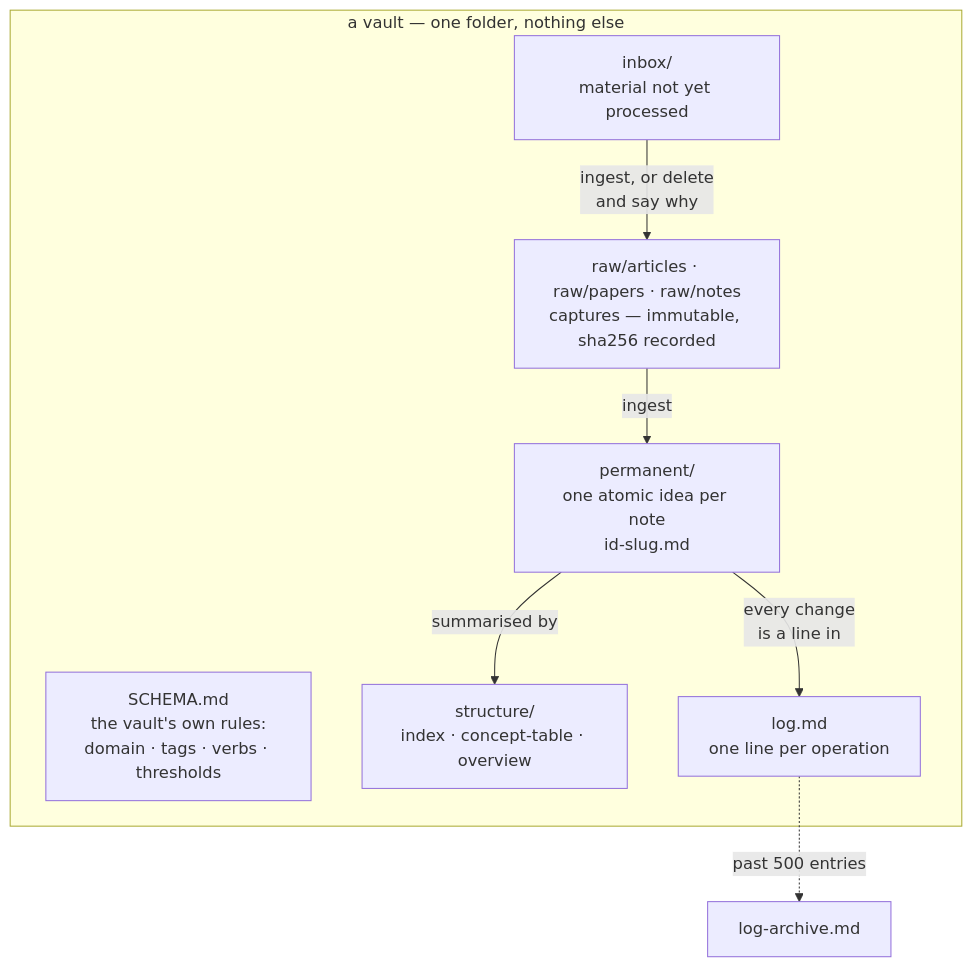
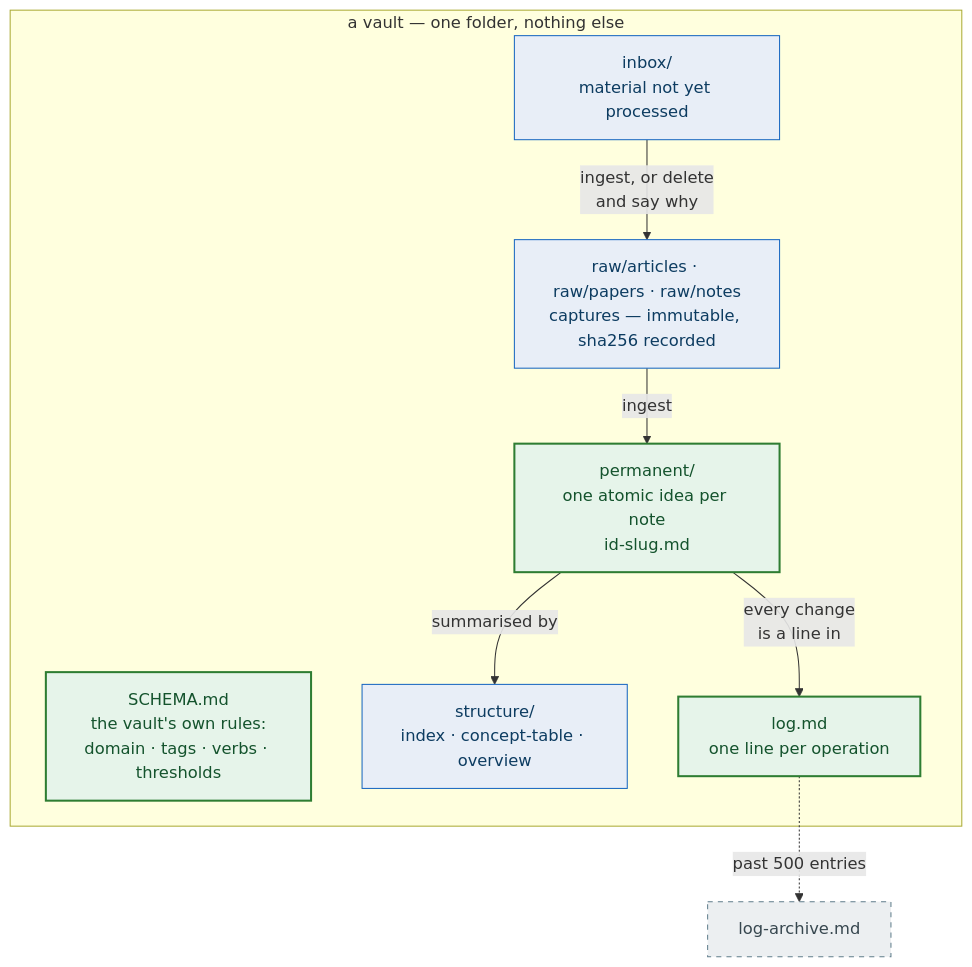
Before and after one commit to Dmytro-Kopylov-personal/zettelkasten-skill: the fourth of 5 diagrams in docs/architecture.md, drawn with Mermaid. The commit also changed other lines of this file and 1 other file, not shown here.

Commit message:
docs: colour two diagrams, where colour carries meaning
A convention rather than decoration: colour is used only where the diagram
is already drawing the distinction in words.

The README lifecycle splits working states (green) from the retired one
(grey, dashed), which is that section's whole argument. The vault anatomy
splits the three paths that make a folder a vault (green) from the ones init
creates alongside them (blue) and the one that only appears on rotation
(grey).

Two rules, both for the same reason -- a diagram has to survive the reader:

  fill is always paired with color, because GitHub renders mermaid against
  both of its themes, and a fill without a matching text colour is
  unreadable in one of them;

  colour only restates what a box already says, so both diagrams still read
  in greyscale.

Not verified by rendering: nothing in this repo runs mermaid. Every
construct used is one the existing diagrams already use, but that is
evidence rather than a check.

````diff
--- a/docs/architecture.md
+++ b/docs/architecture.md
@@ -136,17 +136,24 @@
 ```mermaid
 flowchart TD
   subgraph VAULT["a vault — one folder, nothing else"]
     SCHEMA["SCHEMA.md<br/>the vault's own rules:<br/>domain · tags · verbs · thresholds"]
     PERM["permanent/<br/>one atomic idea per note<br/>id-slug.md"]
     RAW["raw/articles · raw/papers · raw/notes<br/>captures — immutable, sha256 recorded"]
     INBOX["inbox/<br/>material not yet processed"]
     STRUCT["structure/<br/>index · concept-table · overview"]
     LOG["log.md<br/>one line per operation"]
   end
 
   RAW -->|ingest| PERM
   INBOX -->|"ingest, or delete<br/>and say why"| RAW
   PERM -->|summarised by| STRUCT
   PERM -->|"every change<br/>is a line in"| LOG
   LOG -.->|"past 500 entries"| ARCH["log-archive.md"]
+
+  classDef required fill:#e6f4ea,stroke:#2e7d32,stroke-width:2px,color:#14532d
+  classDef support fill:#e8eef7,stroke:#1565c0,stroke-width:1px,color:#0d3c61
+  classDef later fill:#eceff1,stroke:#607d8b,stroke-width:1px,stroke-dasharray:5 5,color:#37474f
+  class SCHEMA,PERM,LOG required
+  class RAW,INBOX,STRUCT support
+  class ARCH later
 ```
````
